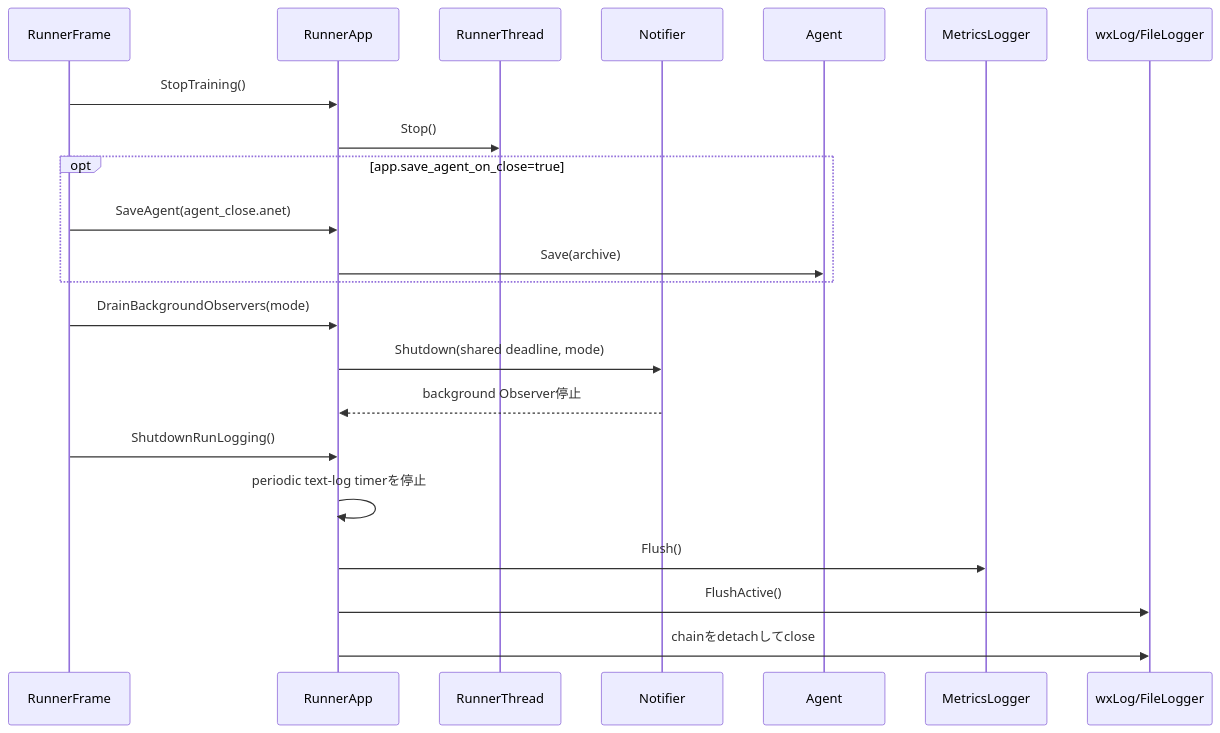
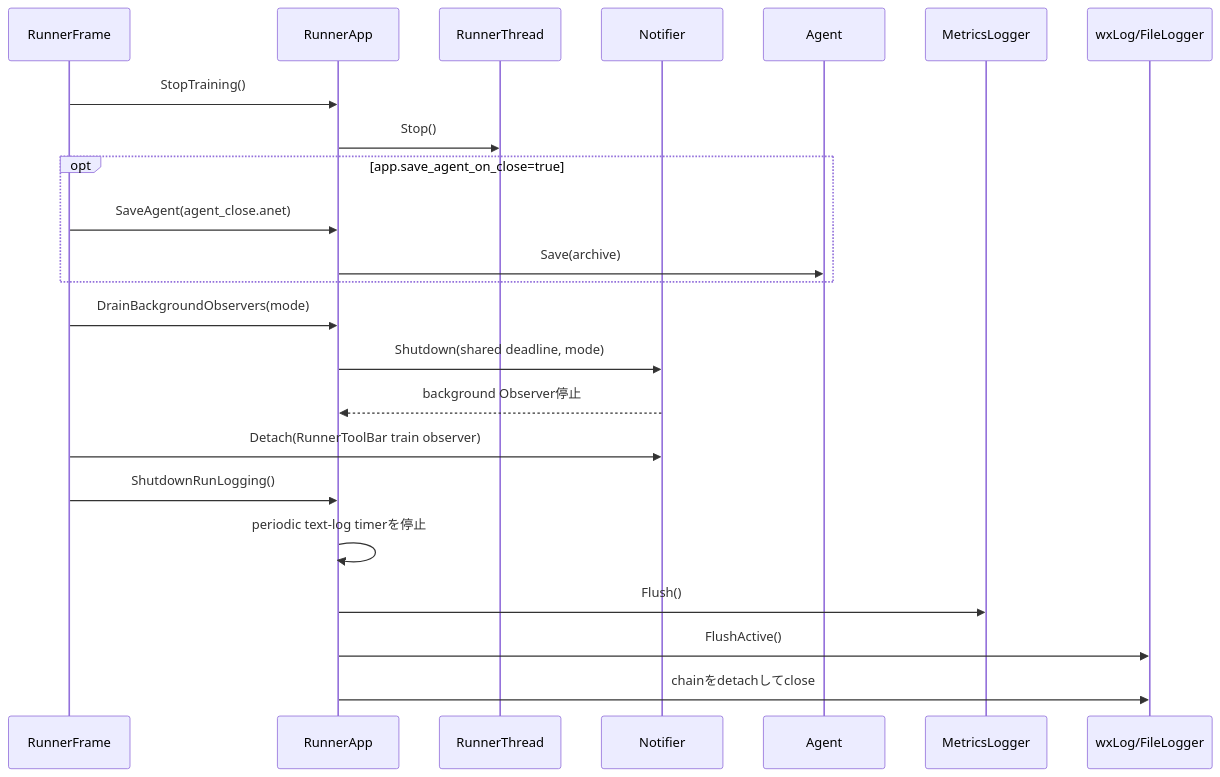
The third of 3 diagrams in docs/design/140_observability.en.md (kazukin123/anet-lab), drawn with Mermaid before and after one commit. The commit also changed other lines of this file and 10 other files, not shown here.

````diff
--- a/docs/design/140_observability.en.md
+++ b/docs/design/140_observability.en.md
@@ -154,25 +154,26 @@
 ```mermaid
 sequenceDiagram
     participant UI as RunnerFrame
     participant A as RunnerApp
     participant T as RunnerThread
     participant N as Notifier
     participant G as Agent
     participant M as MetricsLogger
     participant L as wxLog/FileLogger
 
     UI->>A: StopTraining()
     A->>T: Stop()
     opt app.save_agent_on_close=true
         UI->>A: SaveAgent(agent_close.anet)
         A->>G: Save(archive)
     end
     UI->>A: DrainBackgroundObservers(mode)
     A->>N: Shutdown(shared deadline, mode)
     N-->>A: background Observer停止
+    UI->>N: Detach(RunnerToolBar train observer)
     UI->>A: ShutdownRunLogging()
     A->>A: periodic text-log timerを停止
     A->>M: Flush()
     A->>L: FlushActive()
     A->>L: chainをdetachしてclose
 ```
````
